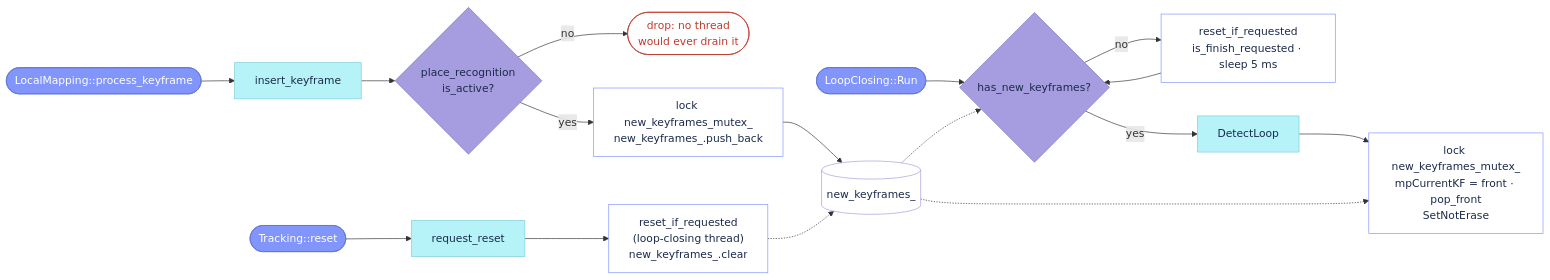
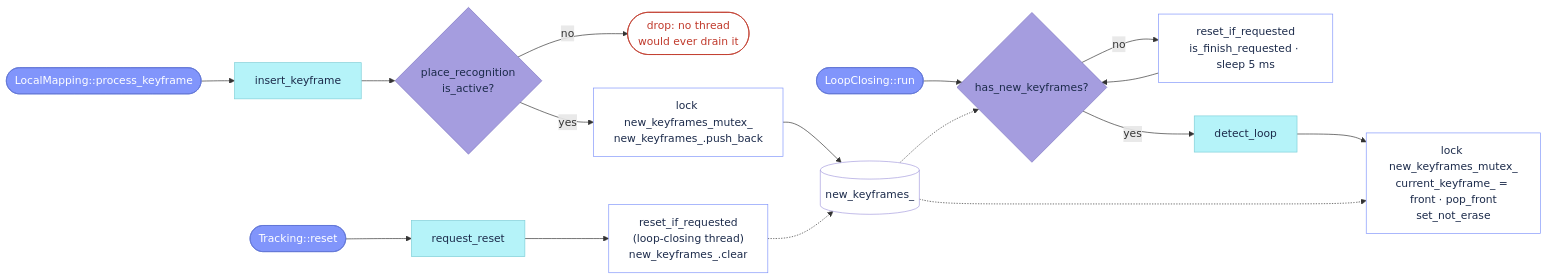
Before and after one commit to alejandrofontan/AllFeature-VSLAM: the third of 5 diagrams in docs/reference/LoopClosing.md, drawn with Mermaid. The commit also changed other lines of this file and 10 other files, not shown here.

````diff
--- a/docs/reference/LoopClosing.md
+++ b/docs/reference/LoopClosing.md
@@ -45,31 +265,31 @@
 ```mermaid
 flowchart LR
     PK([LocalMapping::process_keyframe]) --> IK[insert_keyframe] --> ACT{place_recognition<br/>is_active?}
     ACT -- no --> DROP([drop: no thread<br/>would ever drain it])
     ACT -- yes --> PUSH["lock new_keyframes_mutex_<br/>new_keyframes_.push_back"]
     PUSH --> Q[(new_keyframes_)]
 
-    RUN([LoopClosing::Run]) --> HNK{has_new_keyframes?}
+    RUN([LoopClosing::run]) --> HNK{has_new_keyframes?}
     HNK -- no --> SLEEP["reset_if_requested<br/>is_finish_requested · sleep 5 ms"] --> HNK
-    HNK -- yes --> DL[DetectLoop] --> POP["lock new_keyframes_mutex_<br/>mpCurrentKF = front · pop_front<br/>SetNotErase"]
+    HNK -- yes --> DL[detect_loop] --> POP["lock new_keyframes_mutex_<br/>current_keyframe_ = front · pop_front<br/>set_not_erase"]
     Q -.-> HNK
     Q -.-> POP
 
     RST([Tracking::reset]) --> RR[request_reset] --> RIR["reset_if_requested<br/>(loop-closing thread)<br/>new_keyframes_.clear"]
     RIR -.-> Q
 
     %% VSLAM-LAB logo squares: cyan #b5f3f9, periwinkle #8195fb, lavender #a59ddf
     classDef entry fill:#8195fb,stroke:#5f74d6,color:#fff
     classDef step fill:#b5f3f9,stroke:#7fcfd8,color:#1b2a4a
     classDef check fill:#a59ddf,stroke:#7e75c4,color:#1b2a4a
     classDef cmd fill:#fff,stroke:#8195fb,color:#1b2a4a
     classDef stop fill:#fff,stroke:#c0392b,color:#c0392b
     classDef store fill:#fff,stroke:#a59ddf,color:#1b2a4a
 
     class PK,RUN,RST entry
     class IK,DL,RR step
     class ACT,HNK check
     class PUSH,POP,SLEEP,RIR cmd
     class DROP stop
     class Q store
 ```
````
